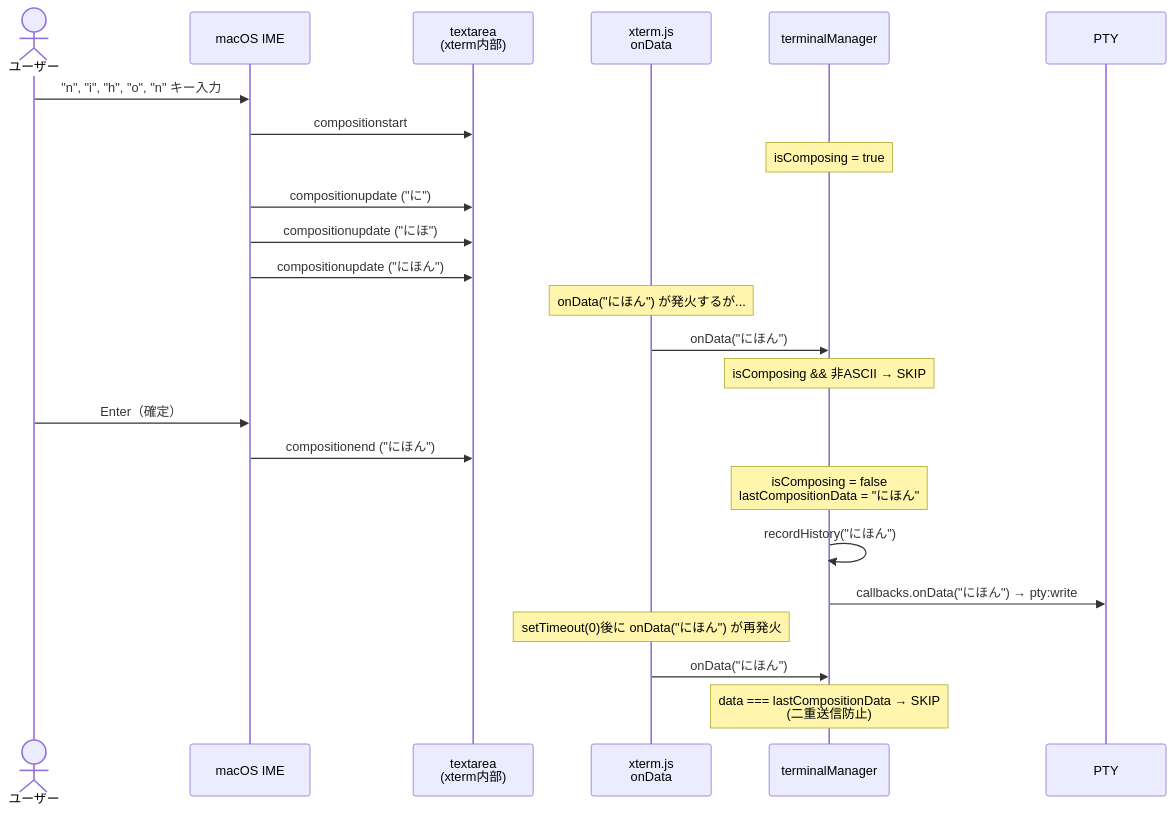
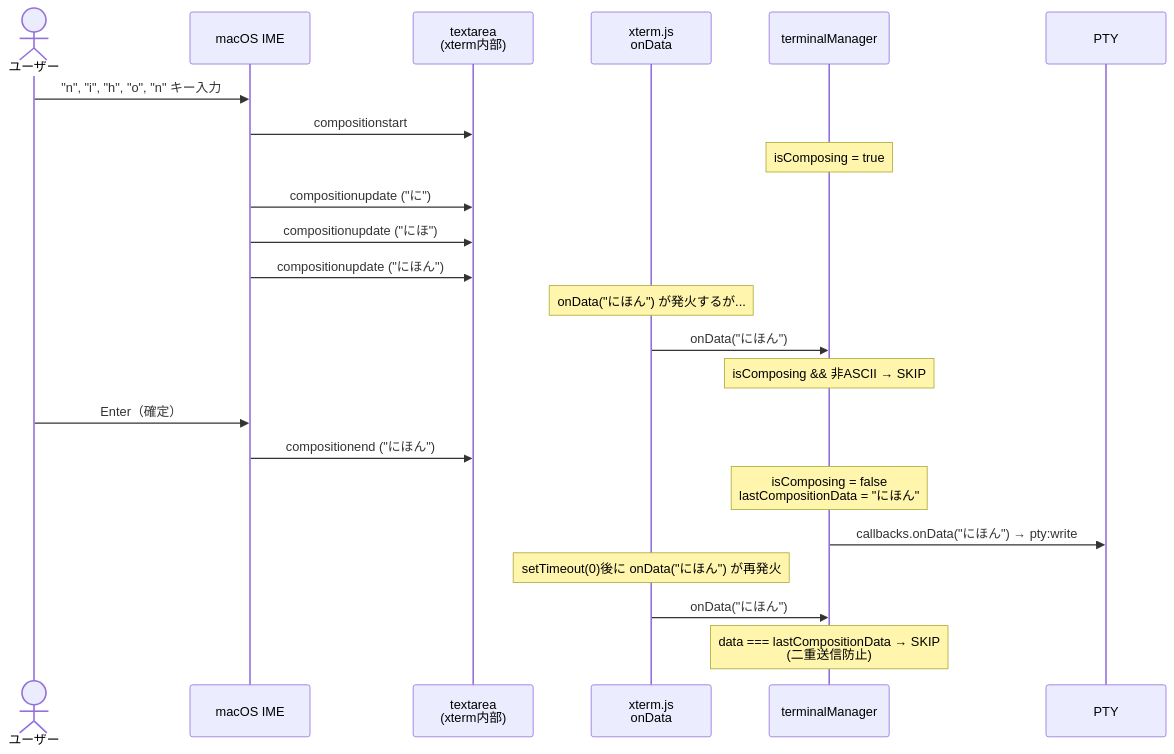
One commit to sunbreak-pro/terminal-division changed the diagram in .claude/docs/code-explanation/05-advanced-features.md. Above: the diagram before and after it, drawn with Mermaid. The commit also changed other lines of this file and 25 other files, not shown here.

````diff
--- a/.claude/docs/code-explanation/05-advanced-features.md
+++ b/.claude/docs/code-explanation/05-advanced-features.md
@@ -183,31 +29,30 @@
 ```mermaid
 sequenceDiagram
     actor User as ユーザー
     participant IME as macOS IME
     participant TA as textarea<br/>(xterm内部)
     participant XT as xterm.js<br/>onData
     participant TM as terminalManager
     participant PTY as PTY
 
     User->>IME: "n", "i", "h", "o", "n" キー入力
     IME->>TA: compositionstart
     Note over TM: isComposing = true
 
     IME->>TA: compositionupdate ("に")
     IME->>TA: compositionupdate ("にほ")
     IME->>TA: compositionupdate ("にほん")
 
     Note over XT: onData("にほん") が発火するが...
     XT->>TM: onData("にほん")
     Note over TM: isComposing && 非ASCII → SKIP
 
     User->>IME: Enter（確定）
     IME->>TA: compositionend ("にほん")
     Note over TM: isComposing = false<br/>lastCompositionData = "にほん"
-    TM->>TM: recordHistory("にほん")
     TM->>PTY: callbacks.onData("にほん") → pty:write
 
     Note over XT: setTimeout(0)後に onData("にほん") が再発火
     XT->>TM: onData("にほん")
     Note over TM: data === lastCompositionData → SKIP<br/>(二重送信防止)
 ```
````
